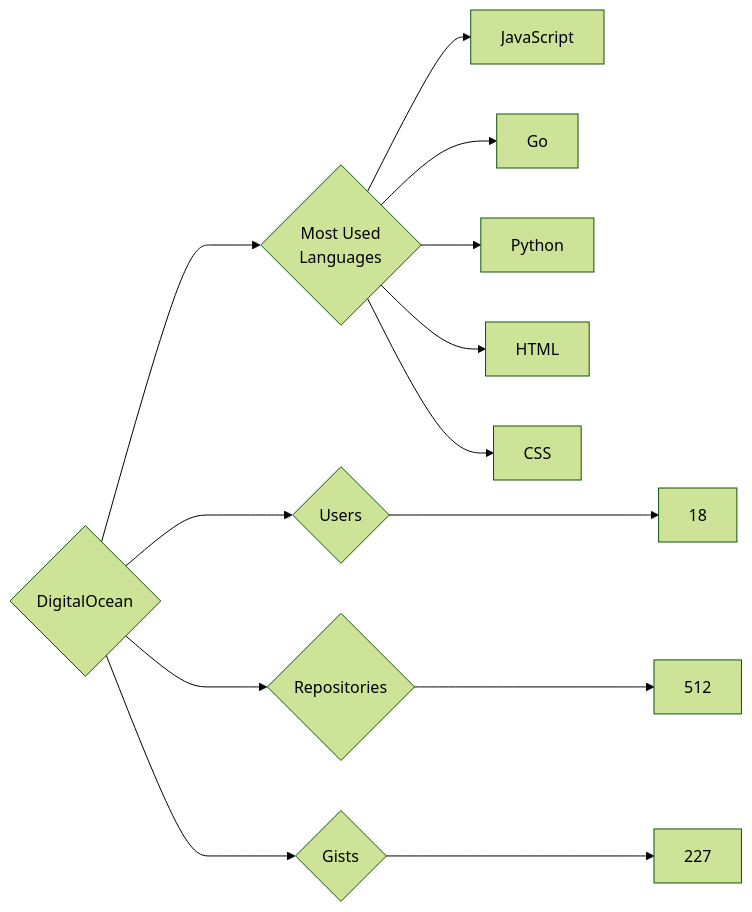
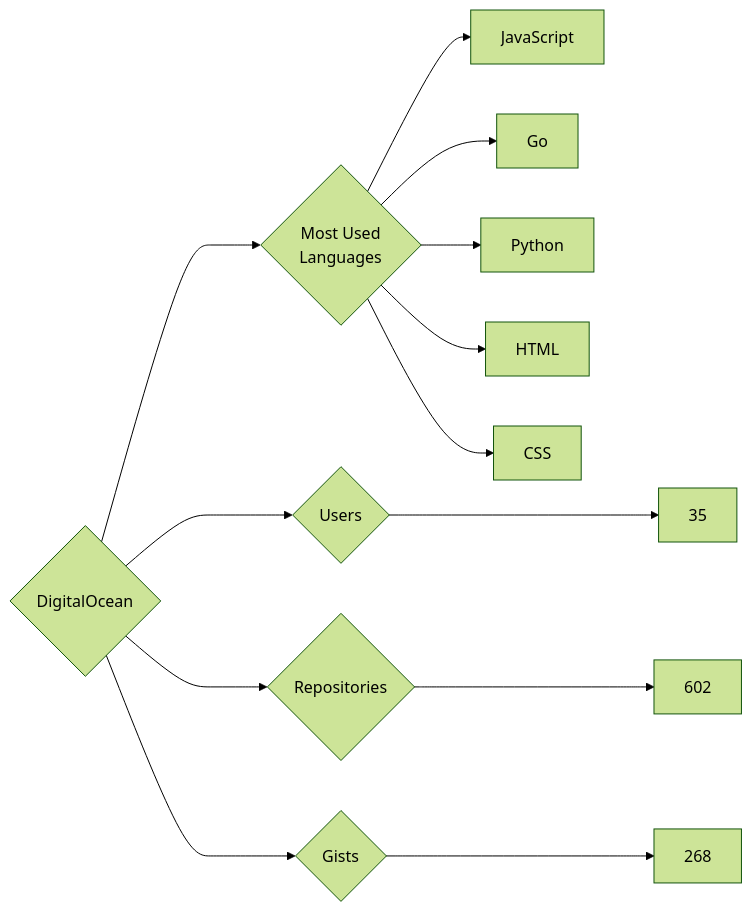
One commit to trickest/insiders changed the diagram in targets/DigitalOcean/README.md. Above: the diagram before and after it, drawn with Mermaid (forest theme). The commit also changed 845 other files, not shown here.

````diff
--- a/targets/DigitalOcean/README.md
+++ b/targets/DigitalOcean/README.md
@@ -3,13 +3,13 @@
 ```mermaid
 graph LR
 COMPANY_NAME{DigitalOcean}
-COMPANY_NAME ---> U{Users} ---> UN[18]
-COMPANY_NAME ---> R{Repositories} ---> RN[512]
-COMPANY_NAME ---> G{Gists} ---> GN[227]
+COMPANY_NAME ---> U{Users} ---> UN[35]
+COMPANY_NAME ---> R{Repositories} ---> RN[602]
+COMPANY_NAME ---> G{Gists} ---> GN[268]
 COMPANY_NAME ---> ML{Most Used<br>Languages}
 ML --> JavaScript[JavaScript]
 ML --> Go[Go]
 ML --> Python[Python]
 ML --> HTML[HTML]
 ML --> CSS[CSS]
 ```
````
